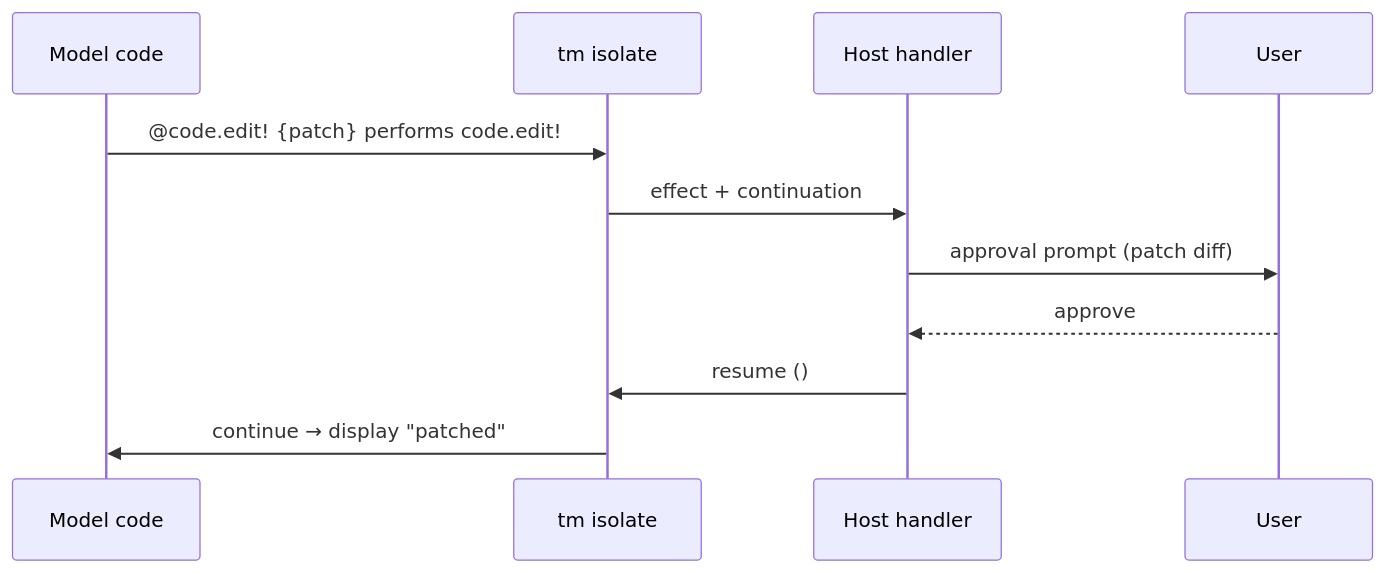
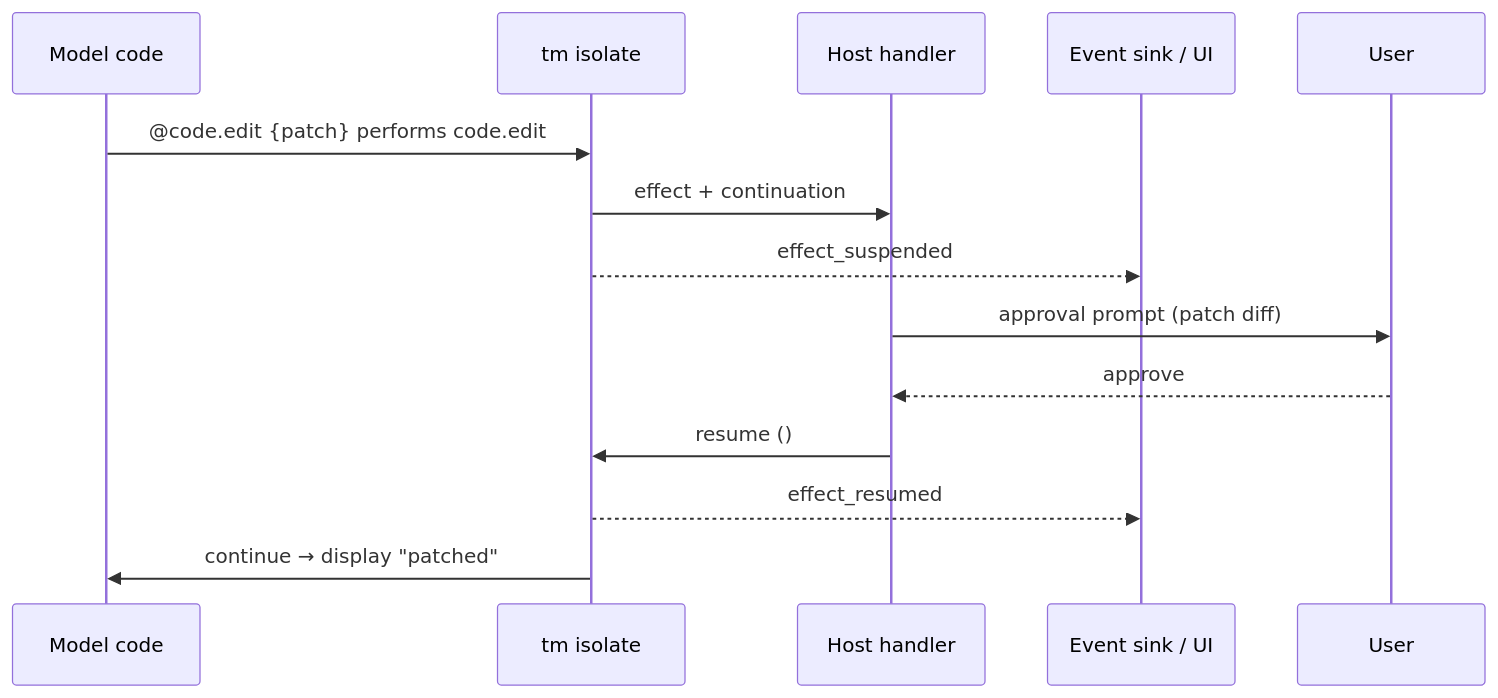
The diagram in docs/design/tm/03-effects-approval.md (mozufu/TempestMiku), drawn with Mermaid before and after one commit. The commit also changed other lines of this file and 6 other files, not shown here.

````diff
--- a/docs/design/tm/03-effects-approval.md
+++ b/docs/design/tm/03-effects-approval.md
@@ -109,13 +117,16 @@
 ```mermaid
 sequenceDiagram
   participant M as Model code
   participant I as tm isolate
   participant H as Host handler
+  participant E as Event sink / UI
   participant U as User
-  M->>I: @code.edit! {patch} performs code.edit!
+  M->>I: @code.edit {patch} performs code.edit
   I->>H: effect + continuation
+  I-->>E: effect_suspended
   H->>U: approval prompt (patch diff)
   U-->>H: approve
   H->>I: resume ()
+  I-->>E: effect_resumed
   I->>M: continue → display "patched"
 ```
````
